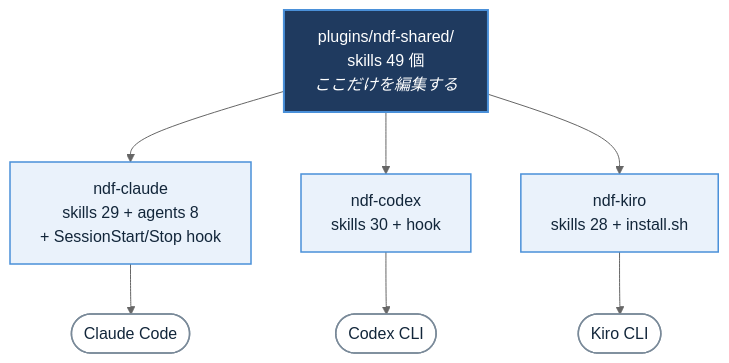
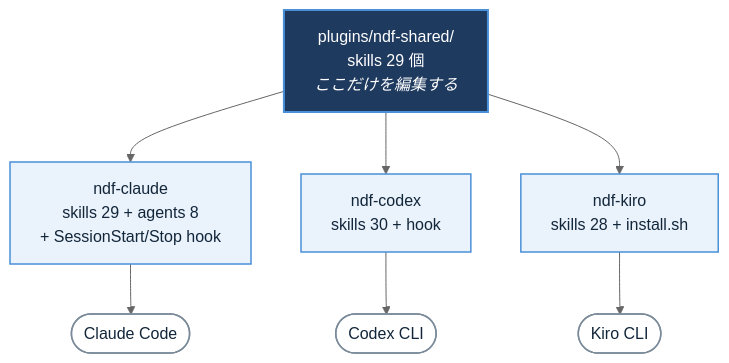
One commit to devbasex/ai-plugins changed the diagram in docs/presentations/diagrams/overview.mmd. Above: the diagram before and after it, drawn with Mermaid (neutral theme). The commit also changed 17 other files, not shown here.

```diff
--- a/docs/presentations/diagrams/overview.mmd
+++ b/docs/presentations/diagrams/overview.mmd
@@ -1,17 +1,17 @@
 flowchart TB
-  S["plugins/ndf-shared/<br/>skills 49 個<br/><i>ここだけを編集する</i>"]
+  S["plugins/ndf-shared/<br/>skills 29 個<br/><i>ここだけを編集する</i>"]
 
   S --> C["ndf-claude<br/>skills 29 + agents 8<br/>+ SessionStart/Stop hook"]
   S --> X["ndf-codex<br/>skills 30 + hook"]
   S --> K["ndf-kiro<br/>skills 28 + install.sh"]
 
   C --> C2(["Claude Code"])
   X --> X2(["Codex CLI"])
   K --> K2(["Kiro CLI"])
 
   classDef src fill:#1f3a5f,stroke:#4a90d9,stroke-width:2px,color:#ffffff
   classDef dist fill:#eaf2fb,stroke:#4a90d9,stroke-width:1.5px,color:#12263a
   classDef rt fill:#ffffff,stroke:#7a8a99,stroke-width:1.5px,color:#12263a
   class S src
   class C,X,K dist
   class C2,X2,K2 rt
```
